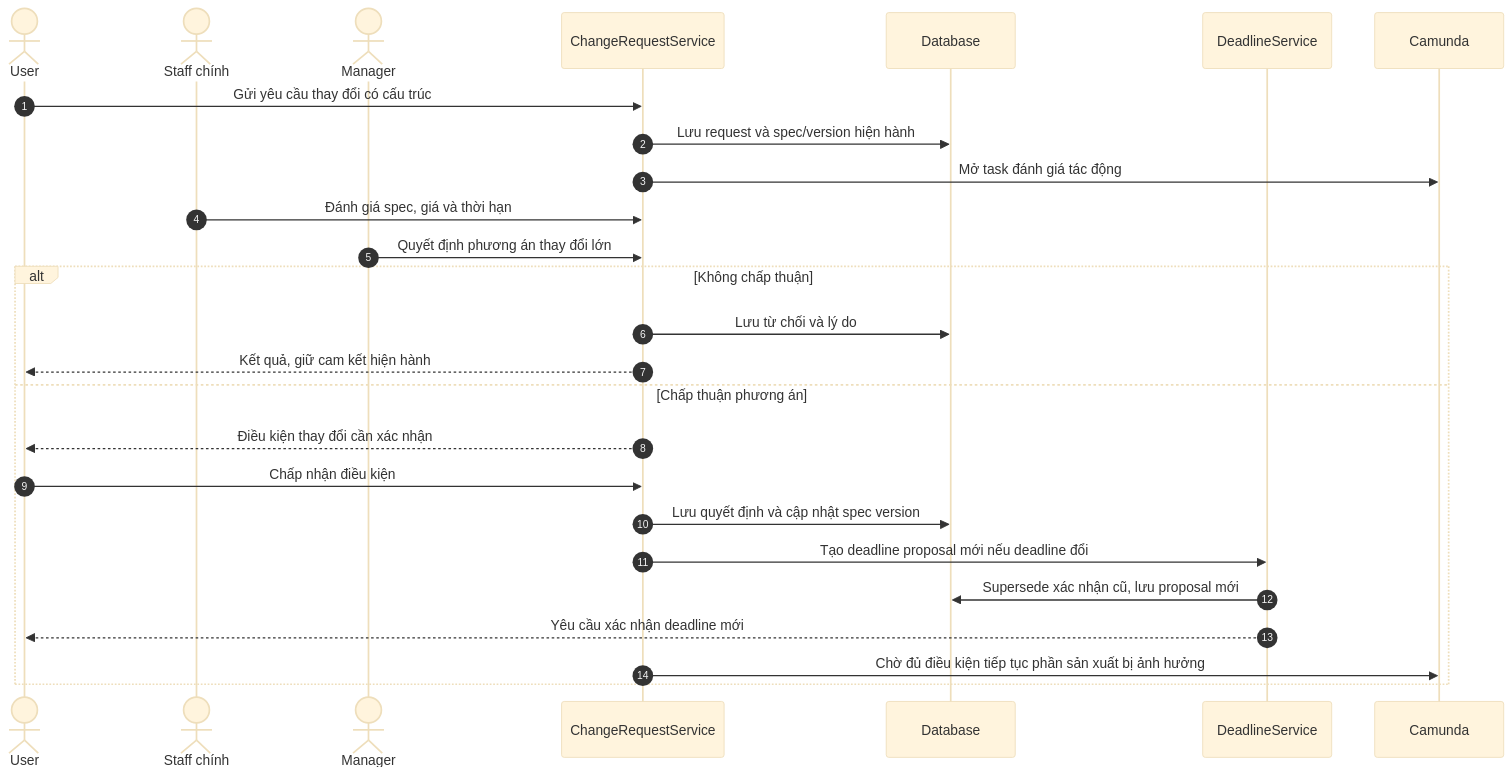
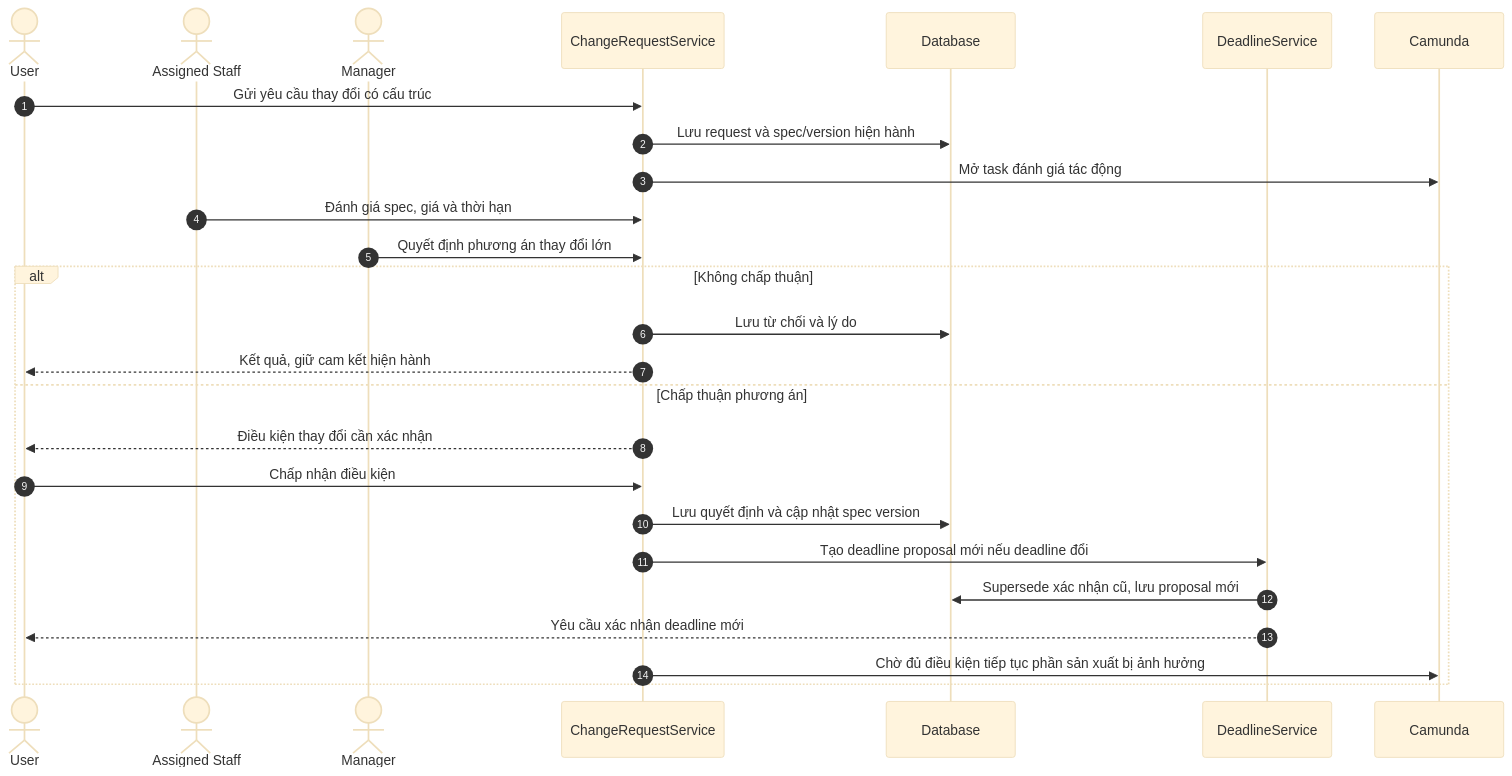
The ninth of 10 diagrams in docs/bao-cao-phan-tich-he-thong-made-to-order.md (phamngoctu11/product_be), drawn with Mermaid (base theme) before and after one commit. The commit also changed other lines of this file and 35 other files, not shown here.

````diff
--- a/docs/bao-cao-phan-tich-he-thong-made-to-order.md
+++ b/docs/bao-cao-phan-tich-he-thong-made-to-order.md
@@ -644,28 +643,28 @@
 ```mermaid
 sequenceDiagram
     autonumber
     actor K as User
-    actor T as Staff chính
+    actor T as Assigned Staff
     actor M as Manager
     participant S as ChangeRequestService
     participant DB as Database
     participant D as DeadlineService
     participant W as Camunda
     K->>S: Gửi yêu cầu thay đổi có cấu trúc
     S->>DB: Lưu request và spec/version hiện hành
     S->>W: Mở task đánh giá tác động
     T->>S: Đánh giá spec, giá và thời hạn
     M->>S: Quyết định phương án thay đổi lớn
     alt Không chấp thuận
         S->>DB: Lưu từ chối và lý do
         S-->>K: Kết quả, giữ cam kết hiện hành
     else Chấp thuận phương án
         S-->>K: Điều kiện thay đổi cần xác nhận
         K->>S: Chấp nhận điều kiện
         S->>DB: Lưu quyết định và cập nhật spec version
         S->>D: Tạo deadline proposal mới nếu deadline đổi
         D->>DB: Supersede xác nhận cũ, lưu proposal mới
         D-->>K: Yêu cầu xác nhận deadline mới
         S->>W: Chờ đủ điều kiện tiếp tục phần sản xuất bị ảnh hưởng
     end
 ```
````
